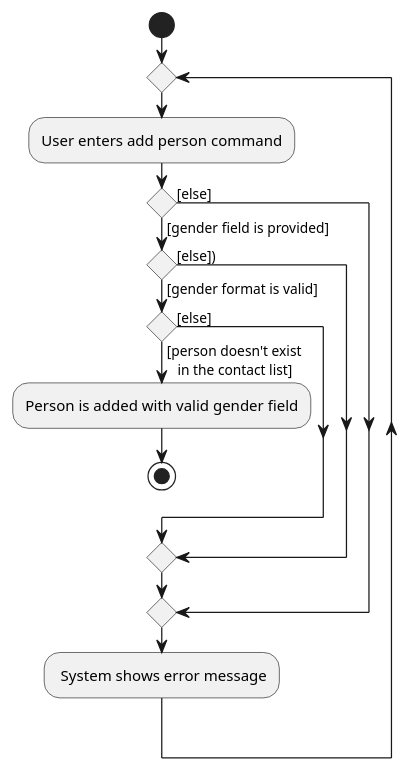
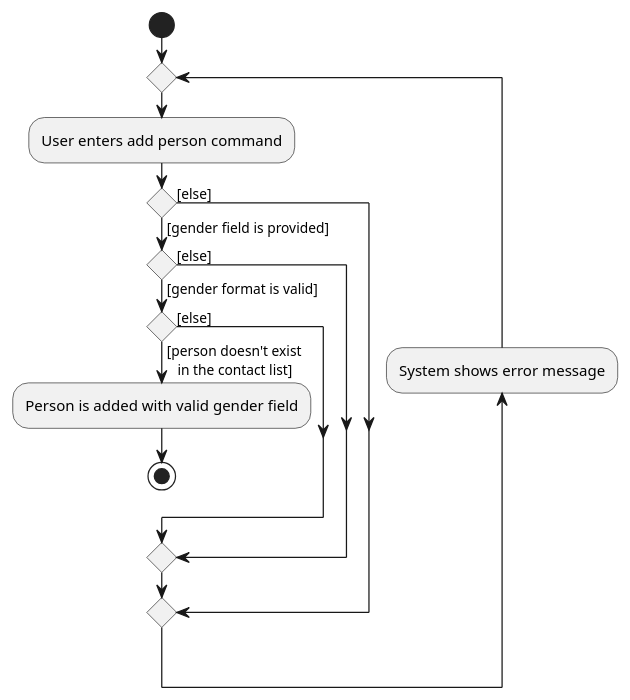
Before and after one commit to nus-cs2103-AY2223S1/tp: the diagram in docs/diagrams/AddPersonActivityDiagram.puml, drawn with PlantUML. The commit also changed other lines of this file and 1 other file, not shown here.

```diff
--- a/docs/diagrams/AddPersonActivityDiagram.puml
+++ b/docs/diagrams/AddPersonActivityDiagram.puml
@@ -1,19 +1,19 @@
 @startuml
 start
 repeat
 :User enters add person command;
 if () then ([gender field is provided])
   if () then ([gender format is valid])
     if () then ([person doesn't exist
    in the contact list])
       :Person is added with valid gender field;
       stop
     else ([else])
     endif
-  else ([else]))
+  else ([else])
   endif
 else ([else])
 endif
-: System shows error message;
+backward :System shows error message;
 repeat while;
 @enduml
```
